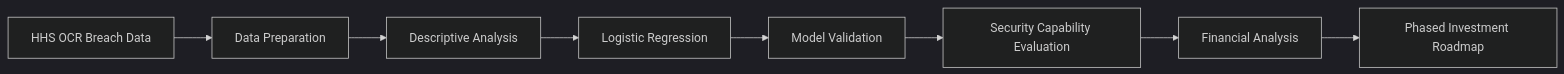
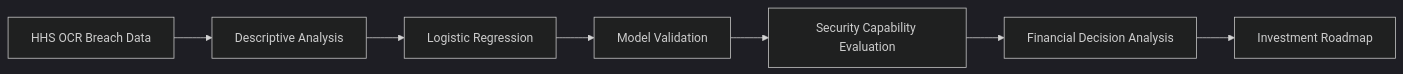
One commit to rachelletecharchitect01-star/security-architecture-capstone changed the first of 2 diagrams in README.md. Above: the diagram before and after it, drawn with Mermaid (dark theme). The commit also changed other lines of this file, not shown here.

````diff
--- a/README.md
+++ b/README.md
@@ -25,10 +19,9 @@
 ```mermaid
 flowchart LR
-    A[HHS OCR Breach Data] --> B[Data Preparation]
-    B --> C[Descriptive Analysis]
-    C --> D[Logistic Regression]
-    D --> E[Model Validation]
-    E --> F[Security Capability Evaluation]
-    F --> G[Financial Analysis]
-    G --> H[Phased Investment Roadmap]
+    A[HHS OCR Breach Data] --> B[Descriptive Analysis]
+    B --> C[Logistic Regression]
+    C --> D[Model Validation]
+    D --> E[Security Capability Evaluation]
+    E --> F[Financial Decision Analysis]
+    F --> G[Investment Roadmap]
 ```
````
